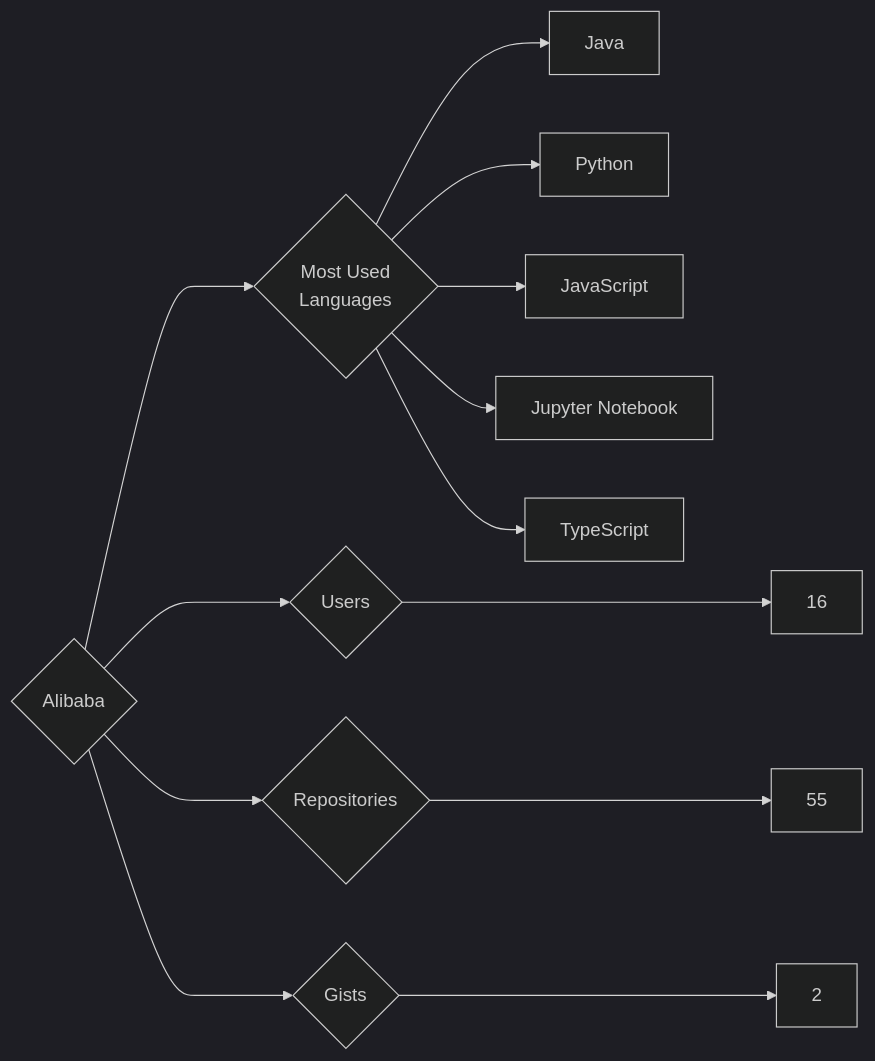
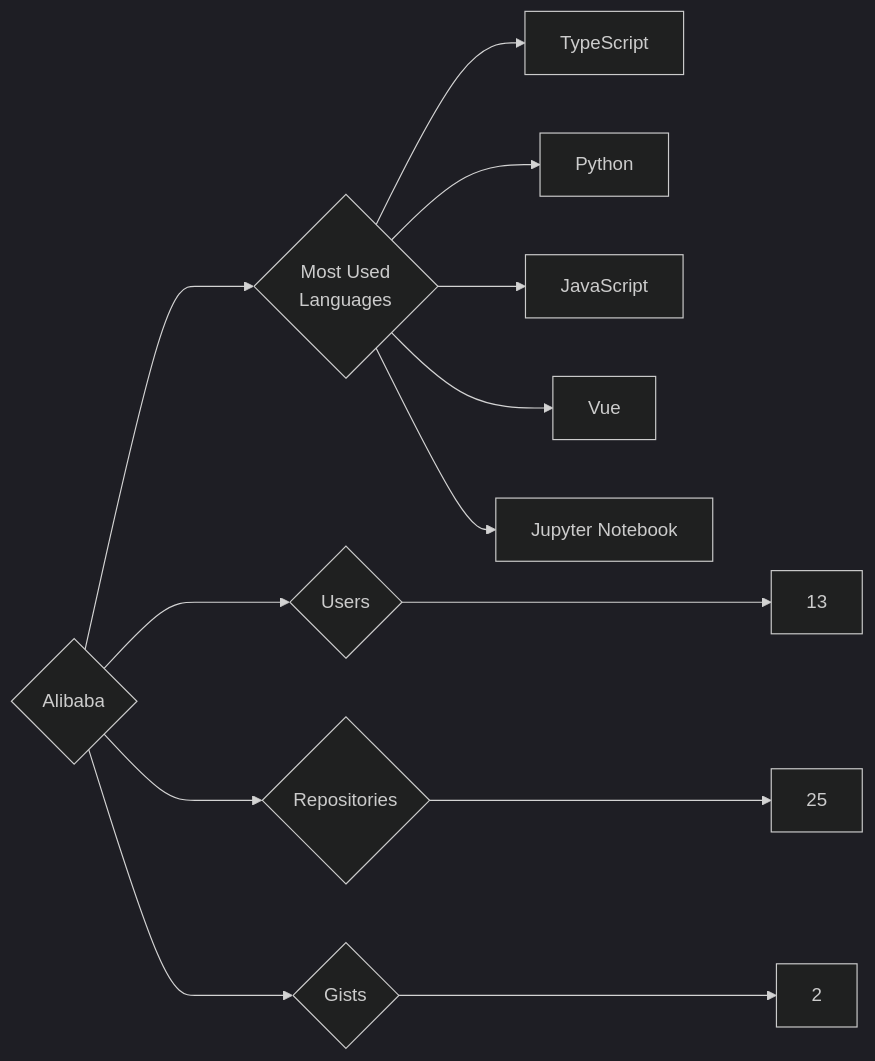
The diagram in targets/Alibaba/README.md (trickest/insiders), drawn with Mermaid (dark theme) before and after one commit. The commit also changed 1167 other files, not shown here.

````diff
--- a/targets/Alibaba/README.md
+++ b/targets/Alibaba/README.md
@@ -3,13 +3,13 @@
 ```mermaid
 graph LR
 COMPANY_NAME{Alibaba}
-COMPANY_NAME ---> U{Users} ---> UN[16]
-COMPANY_NAME ---> R{Repositories} ---> RN[55]
+COMPANY_NAME ---> U{Users} ---> UN[13]
+COMPANY_NAME ---> R{Repositories} ---> RN[25]
 COMPANY_NAME ---> G{Gists} ---> GN[2]
 COMPANY_NAME ---> ML{Most Used<br>Languages}
-ML --> Java[Java]
+ML --> TypeScript[TypeScript]
 ML --> Python[Python]
 ML --> JavaScript[JavaScript]
+ML --> Vue[Vue]
 ML --> Jupyter_Notebook[Jupyter Notebook]
-ML --> TypeScript[TypeScript]
 ```
````
